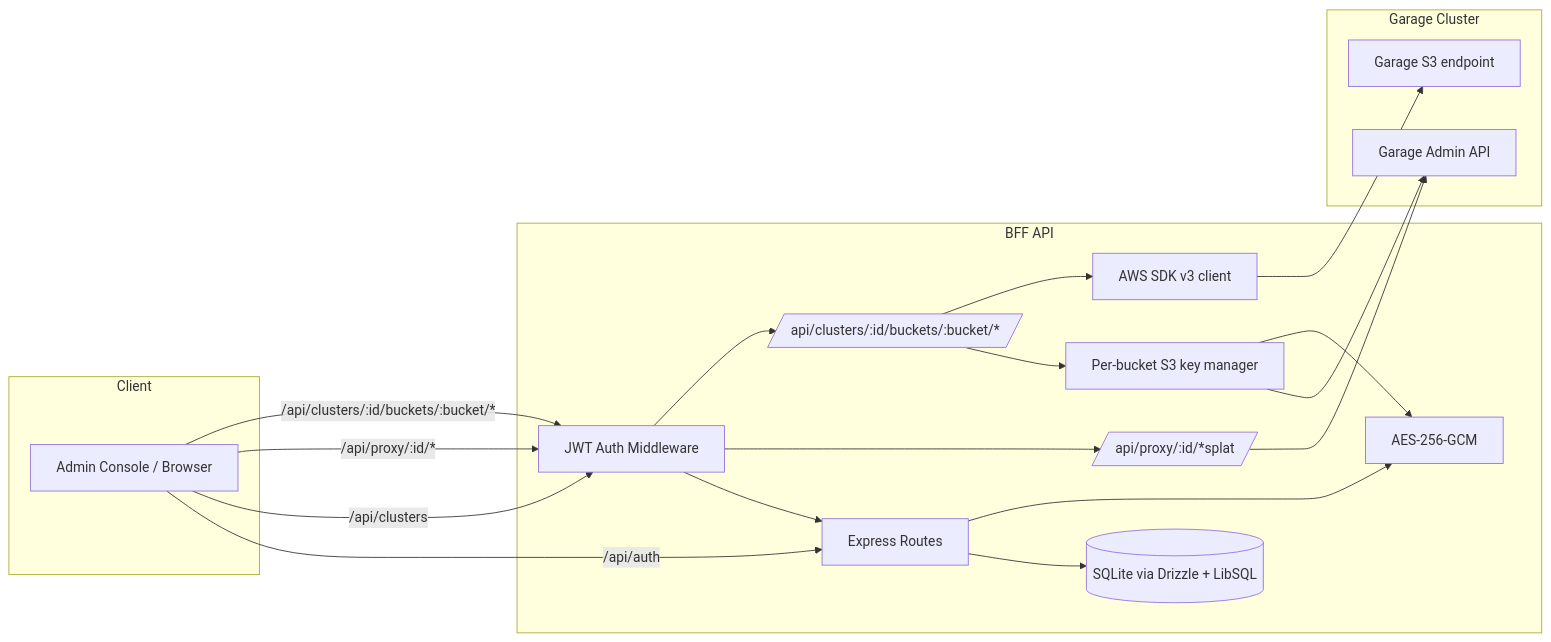
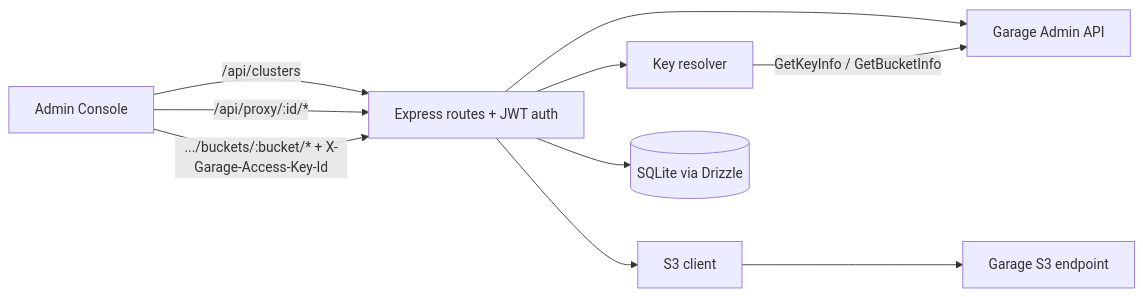
Before and after one commit to eyebrowkang/garage-admin-console: the diagram in garage-admin-console/api/README.md, drawn with Mermaid. The commit also changed other lines of this file and 286 other files, not shown here.

````diff
--- a/garage-admin-console/api/README.md
+++ b/garage-admin-console/api/README.md
@@ -16,33 +21,10 @@
 ```mermaid
 flowchart LR
-  subgraph Client
-    Browser[Admin Console / Browser]
-  end
-
-  subgraph API[BFF API]
-    Auth[JWT Auth Middleware]
-    Routes[Express Routes]
-    Proxy[/api/proxy/:id/*splat/]
-    Buckets[/api/clusters/:id/buckets/:bucket/*/]
-    DB[(SQLite via Drizzle + LibSQL)]
-    Crypto[AES-256-GCM]
-    Keys[Per-bucket S3 key manager]
-    S3SDK[AWS SDK v3 client]
-  end
-
-  subgraph Garage[Garage Cluster]
-    GarageAPI[Garage Admin API]
-    GarageS3[Garage S3 endpoint]
-  end
-
-  Browser -->|/api/auth| Routes
-  Browser -->|/api/clusters| Auth --> Routes
-  Browser -->|/api/proxy/:id/*| Auth --> Proxy --> GarageAPI
-  Browser -->|/api/clusters/:id/buckets/:bucket/*| Auth --> Buckets
-  Buckets --> Keys
-  Keys --> GarageAPI
-  Keys --> Crypto
-  Buckets --> S3SDK --> GarageS3
-  Routes --> DB
-  Routes --> Crypto
+  Browser[Admin Console]
+  Browser -->|/api/clusters| Routes[Express routes + JWT auth]
+  Browser -->|/api/proxy/:id/*| Routes --> GarageAPI[Garage Admin API]
+  Browser -->|.../buckets/:bucket/* + X-Garage-Access-Key-Id| Routes --> Keys[Key resolver]
+  Keys -->|GetKeyInfo / GetBucketInfo| GarageAPI
+  Routes --> S3SDK[S3 client] --> GarageS3[Garage S3 endpoint]
+  Routes --> DB[(SQLite via Drizzle)]
 ```
````
